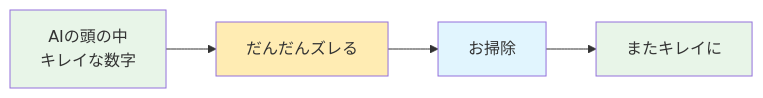
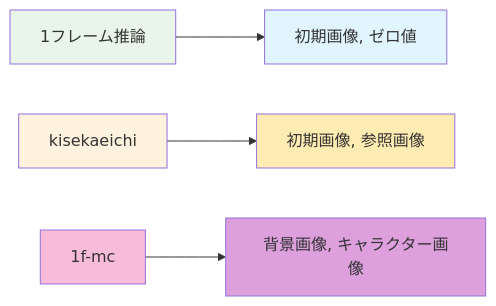
One commit to tanbw/FramePack-eichi changed the fifth of 18 diagrams in README/framepack_oichi_user_friendly_guide.md. Above: the diagram before and after it, drawn with Mermaid. The commit also changed other lines of this file, not shown here.

````diff
--- a/README/framepack_oichi_user_friendly_guide.md
+++ b/README/framepack_oichi_user_friendly_guide.md
@@ -366,9 +384,13 @@
 ```mermaid
 graph LR
-    A[AIの頭の中<br/>キレイな数字] --> B[だんだんズレる] --> C[お掃除] --> D[またキレイに]
+    A[1フレーム推論] --> B[初期画像, ゼロ値]
+    C[kisekaeichi] --> D[初期画像, 参照画像]  
+    E[1f-mc] --> F[背景画像, キャラクター画像]
     
     style A fill:#e8f5e8
-    style B fill:#ffecb3
-    style C fill:#e1f5fe
-    style D fill:#e8f5e8
+    style B fill:#e1f5fe
+    style C fill:#fff3e0
+    style D fill:#ffecb3
+    style E fill:#f8bbd9
+    style F fill:#dda0dd
 ```
````
